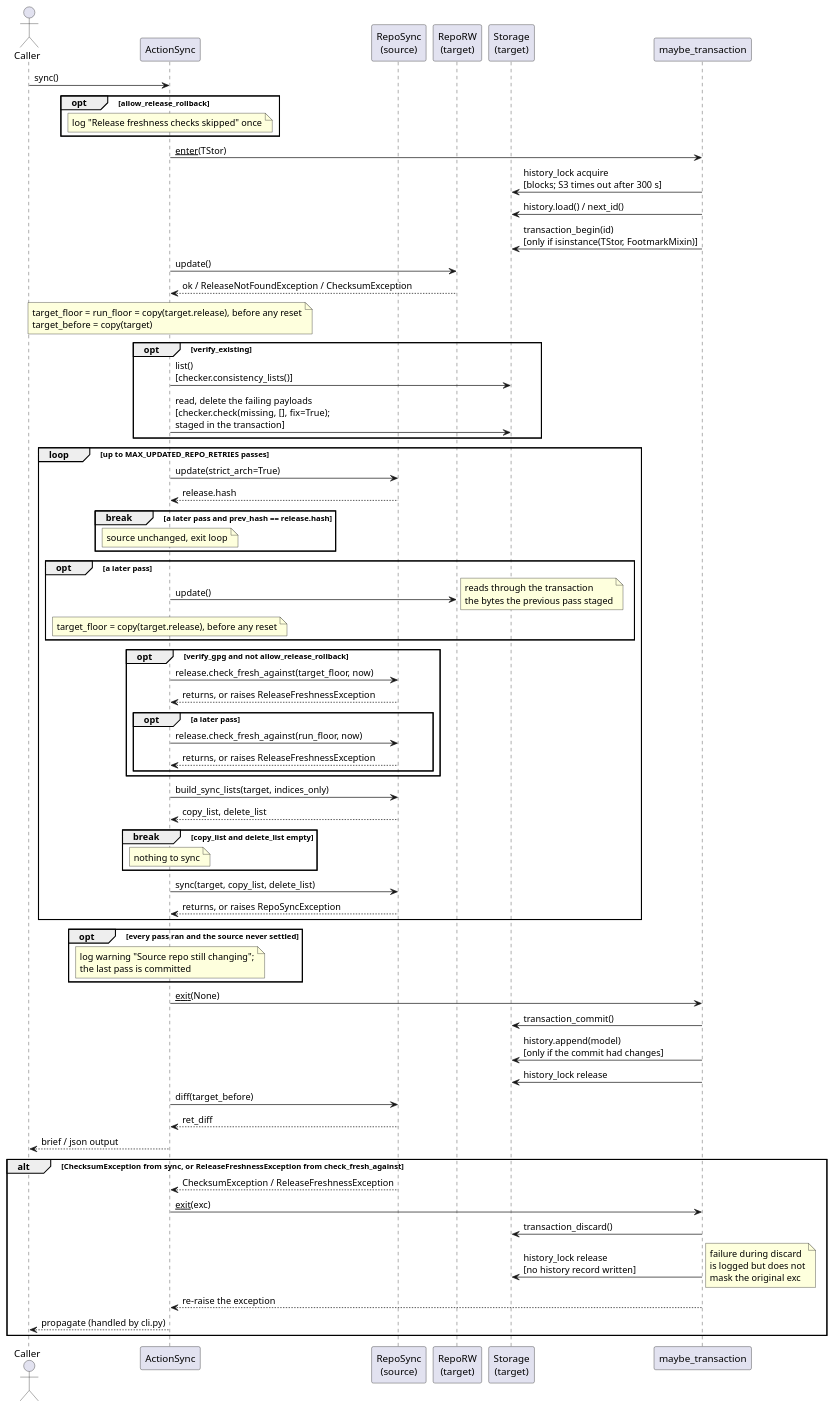
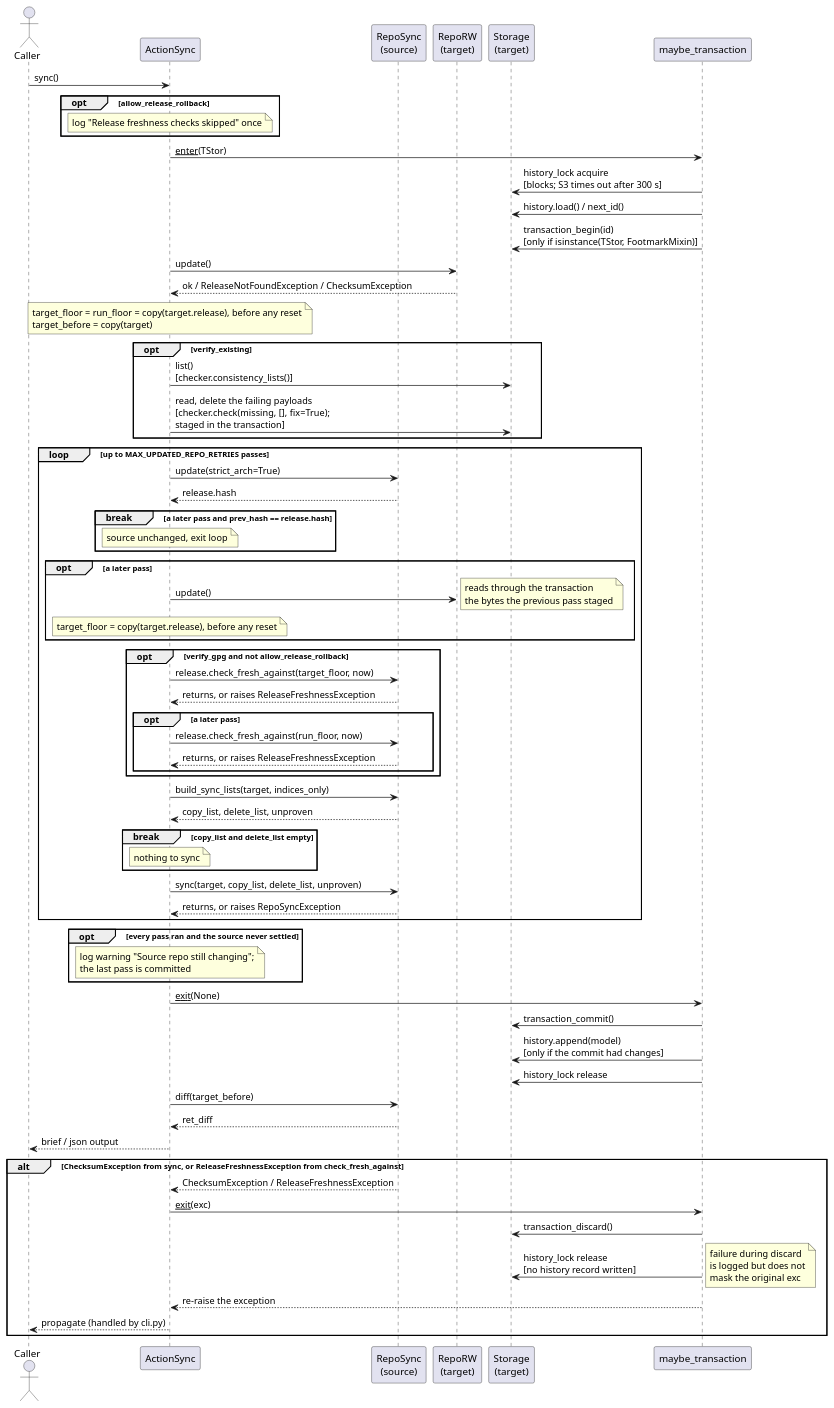
One commit to vinklat/debkit changed the diagram in docs/development/diagrams/action-sync-sequence.puml. Above: the diagram before and after it, drawn with PlantUML. The commit also changed 16 other files, not shown here.

```diff
--- a/docs/development/diagrams/action-sync-sequence.puml
+++ b/docs/development/diagrams/action-sync-sequence.puml
@@ -1,83 +1,83 @@
 @startuml
 actor Caller
 participant ActionSync
 participant "RepoSync\n(source)" as Src
 participant "RepoRW\n(target)" as Tgt
 participant "Storage\n(target)" as TStor
 participant "maybe_transaction" as CM
 
 Caller -> ActionSync: sync()
 
 opt allow_release_rollback
   note over ActionSync: log "Release freshness checks skipped" once
 end
 
 ActionSync -> CM: __enter__(TStor)
 CM -> TStor: history_lock acquire\n[blocks; S3 times out after 300 s]
 CM -> TStor: history.load() / next_id()
 CM -> TStor: transaction_begin(id)\n[only if isinstance(TStor, FootmarkMixin)]
 
 ActionSync -> Tgt: update()
 Tgt --> ActionSync: ok / ReleaseNotFoundException / ChecksumException
 note over ActionSync: target_floor = run_floor = copy(target.release), before any reset\ntarget_before = copy(target)
 
 opt verify_existing
   ActionSync -> TStor: list()\n[checker.consistency_lists()]
   ActionSync -> TStor: read, delete the failing payloads\n[checker.check(missing, [], fix=True);\nstaged in the transaction]
 end
 
 loop up to MAX_UPDATED_REPO_RETRIES passes
   ActionSync -> Src: update(strict_arch=True)
   Src --> ActionSync: release.hash
   break a later pass and prev_hash == release.hash
     note over ActionSync: source unchanged, exit loop
   end
 
   opt a later pass
     ActionSync -> Tgt: update()
     note right: reads through the transaction\nthe bytes the previous pass staged
     note over ActionSync: target_floor = copy(target.release), before any reset
   end
 
   opt verify_gpg and not allow_release_rollback
     ActionSync -> Src: release.check_fresh_against(target_floor, now)
     Src --> ActionSync: returns, or raises ReleaseFreshnessException
     opt a later pass
       ActionSync -> Src: release.check_fresh_against(run_floor, now)
       Src --> ActionSync: returns, or raises ReleaseFreshnessException
     end
   end
 
   ActionSync -> Src: build_sync_lists(target, indices_only)
-  Src --> ActionSync: copy_list, delete_list
+  Src --> ActionSync: copy_list, delete_list, unproven
   break copy_list and delete_list empty
     note over ActionSync: nothing to sync
   end
 
-  ActionSync -> Src: sync(target, copy_list, delete_list)
+  ActionSync -> Src: sync(target, copy_list, delete_list, unproven)
   Src --> ActionSync: returns, or raises RepoSyncException
 end
 
 opt every pass ran and the source never settled
   note over ActionSync: log warning "Source repo still changing";\nthe last pass is committed
 end
 
 ActionSync -> CM: __exit__(None)
 CM -> TStor: transaction_commit()
 CM -> TStor: history.append(model)\n[only if the commit had changes]
 CM -> TStor: history_lock release
 
 ActionSync -> Src: diff(target_before)
 Src --> ActionSync: ret_diff
 ActionSync --> Caller: brief / json output
 
 alt ChecksumException from sync, or ReleaseFreshnessException from check_fresh_against
   Src --> ActionSync: ChecksumException / ReleaseFreshnessException
   ActionSync -> CM: __exit__(exc)
   CM -> TStor: transaction_discard()
   CM -> TStor: history_lock release\n[no history record written]
   note right: failure during discard\nis logged but does not\nmask the original exc
   CM --> ActionSync: re-raise the exception
   ActionSync --> Caller: propagate (handled by cli.py)
 end
 @enduml
```
